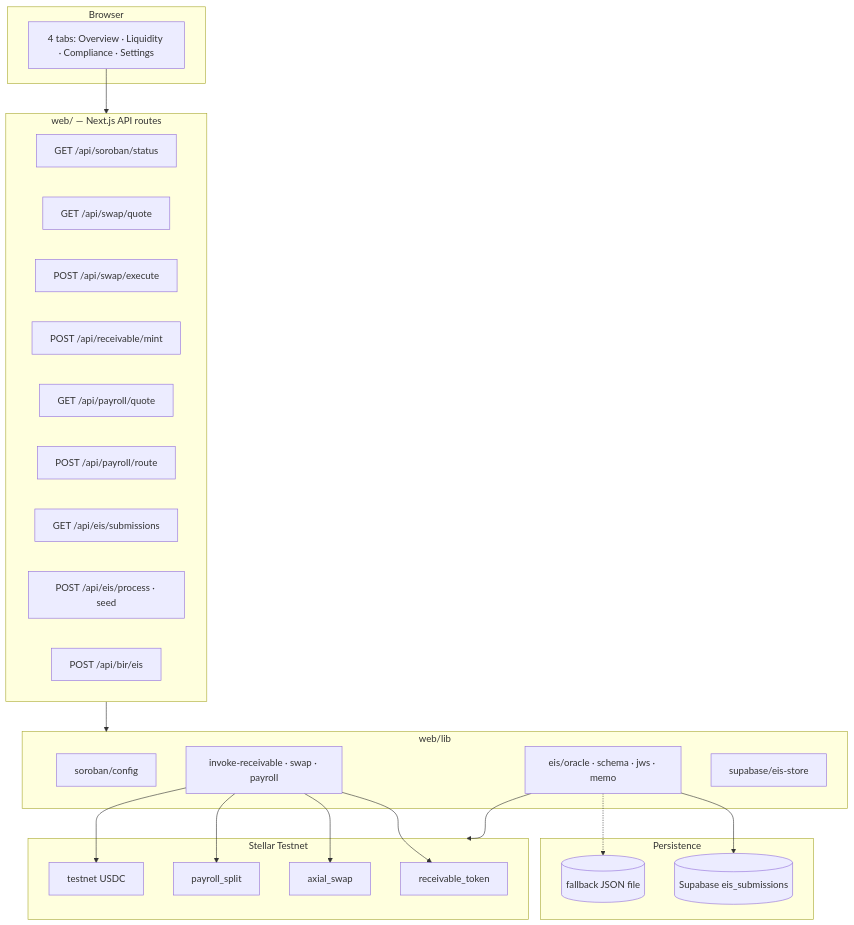
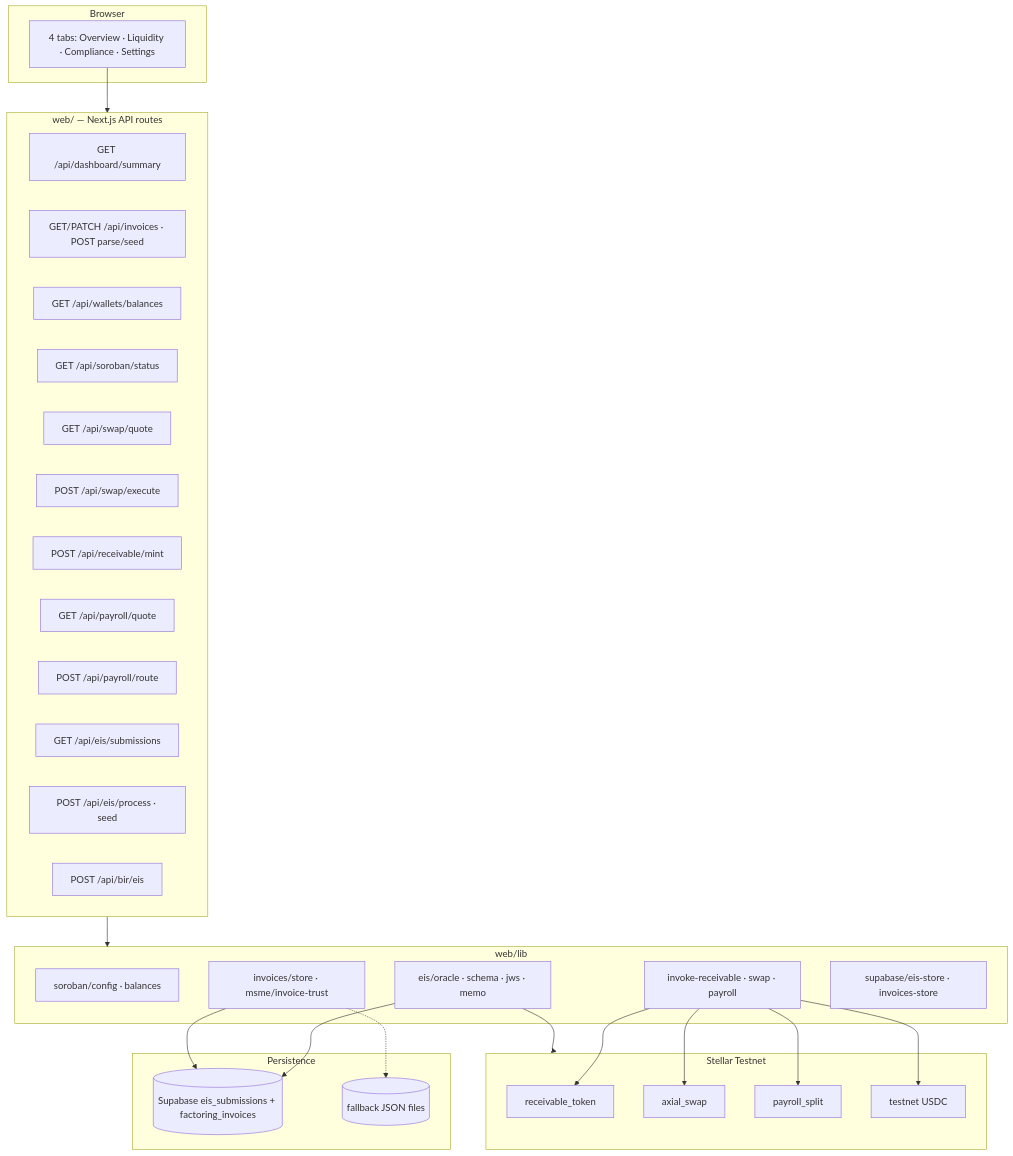
Before and after one commit to Axon-Enjin/axial: the fifth of 8 diagrams in docs/flow.md, drawn with Mermaid. The commit also changed other lines of this file and 37 other files, not shown here.

First line of the commit message:
feat(web): factoring book, live dashboard, and Vercel deploy prep

````diff
--- a/docs/flow.md
+++ b/docs/flow.md
@@ -188,44 +199,49 @@
 ```mermaid
 flowchart TB
   subgraph client [Browser]
     TABS["4 tabs: Overview · Liquidity · Compliance · Settings"]
   end
 
   subgraph next [web/ — Next.js API routes]
+    D0["GET /api/dashboard/summary"]
+    I1["GET/PATCH /api/invoices · POST parse/seed"]
+    W1["GET /api/wallets/balances"]
     S1["GET /api/soroban/status"]
     S2["GET /api/swap/quote"]
     S3["POST /api/swap/execute"]
     S4["POST /api/receivable/mint"]
     S5["GET /api/payroll/quote"]
     S6["POST /api/payroll/route"]
     S7["GET /api/eis/submissions"]
     S8["POST /api/eis/process · seed"]
     S9["POST /api/bir/eis"]
   end
 
   subgraph libs [web/lib]
-    CFG["soroban/config"]
-    INV["invoke-receivable · swap · payroll"]
+    CFG["soroban/config · balances"]
+    INV["invoices/store · msme/invoice-trust"]
+    CHAIN["invoke-receivable · swap · payroll"]
     EIS["eis/oracle · schema · jws · memo"]
-    SB["supabase/eis-store"]
+    SB["supabase/eis-store · invoices-store"]
   end
 
   subgraph chain [Stellar Testnet]
     RT["receivable_token"]
     AS["axial_swap"]
     PS["payroll_split"]
     USDC["testnet USDC"]
   end
 
   subgraph data [Persistence]
-    PG[("Supabase eis_submissions")]
-    FILE[("fallback JSON file")]
+    PG[("Supabase eis_submissions + factoring_invoices")]
+    FILE[("fallback JSON files")]
   end
 
   TABS --> next
   next --> libs
-  INV --> RT & AS & PS & USDC
+  CHAIN --> RT & AS & PS & USDC
   EIS --> PG
-  EIS -.-> FILE
+  INV --> PG
+  INV -.-> FILE
   EIS --> chain
 ```
````
